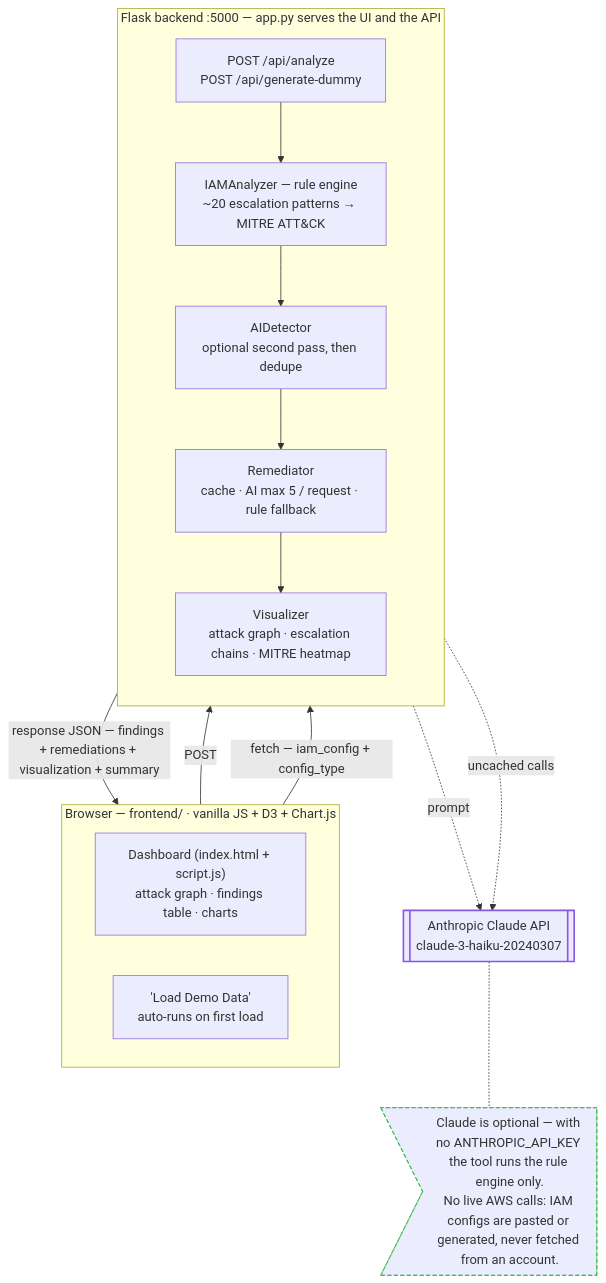
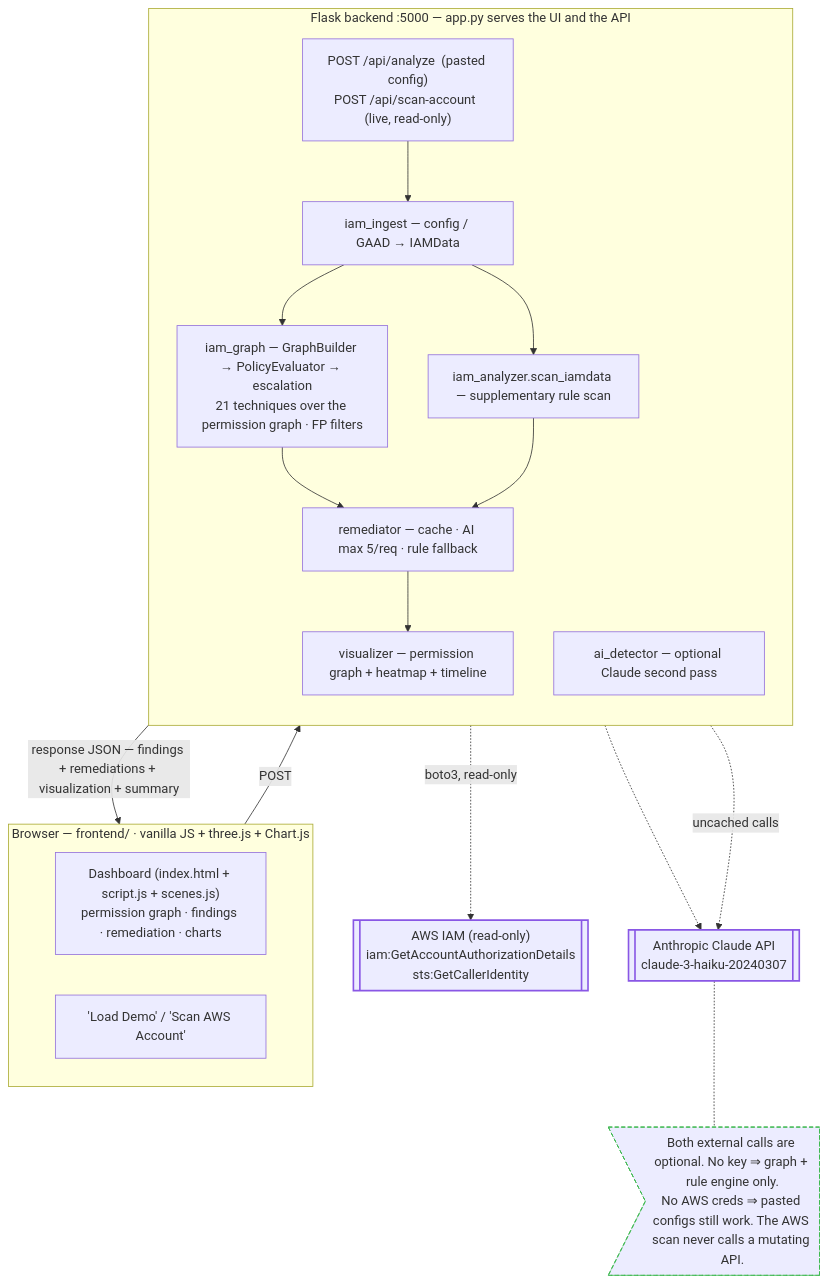
The diagram in README.md (adnannazirahmed/Winnow-1.1), drawn with Mermaid before and after one commit. The commit also changed other lines of this file and 25 other files, not shown here.

````diff
--- a/README.md
+++ b/README.md
@@ -25,33 +27,37 @@
 ```mermaid
 flowchart TB
-    subgraph browser["Browser — frontend/ · vanilla JS + D3 + Chart.js"]
+    subgraph browser["Browser — frontend/ · vanilla JS + three.js + Chart.js"]
         direction LR
-        ui["Dashboard (index.html + script.js)<br/>attack graph · findings table · charts"]
-        demo["'Load Demo Data'<br/>auto-runs on first load"]
+        ui["Dashboard (index.html + script.js + scenes.js)<br/>permission graph · findings · remediation · charts"]
+        demo["'Load Demo' / 'Scan AWS Account'"]
     end
 
     subgraph backend["Flask backend :5000 — app.py serves the UI and the API"]
         direction TB
-        api["POST /api/analyze<br/>POST /api/generate-dummy"]
-        analyzer["IAMAnalyzer — rule engine<br/>~20 escalation patterns → MITRE ATT&CK"]
-        detector["AIDetector<br/>optional second pass, then dedupe"]
-        remediator["Remediator<br/>cache · AI max 5 / request · rule fallback"]
-        visualizer["Visualizer<br/>attack graph · escalation chains · MITRE heatmap"]
-        api --> analyzer --> detector --> remediator --> visualizer
+        api["POST /api/analyze  (pasted config)<br/>POST /api/scan-account  (live, read-only)"]
+        ingest["iam_ingest — config / GAAD → IAMData"]
+        grapheng["iam_graph — GraphBuilder → PolicyEvaluator → escalation<br/>21 techniques over the permission graph · FP filters"]
+        rules["iam_analyzer.scan_iamdata — supplementary rule scan"]
+        detector["ai_detector — optional Claude second pass"]
+        remediator["remediator — cache · AI max 5/req · rule fallback"]
+        visualizer["visualizer — permission graph + heatmap + timeline"]
+        api --> ingest --> grapheng --> remediator --> visualizer
+        ingest --> rules --> remediator
     end
 
+    aws[["AWS IAM (read-only)<br/>iam:GetAccountAuthorizationDetails<br/>sts:GetCallerIdentity"]]
     claude[["Anthropic Claude API<br/>claude-3-haiku-20240307"]]
-    note>"Claude is optional — with no ANTHROPIC_API_KEY the tool runs the rule engine only.<br/>No live AWS calls: IAM configs are pasted or generated, never fetched from an account."]
+    note>"Both external calls are optional. No key ⇒ graph + rule engine only.<br/>No AWS creds ⇒ pasted configs still work. The AWS scan never calls a mutating API."]
 
     demo -->|"POST"| api
-    ui -->|"fetch — iam_config + config_type"| api
     visualizer -->|"response JSON — findings + remediations + visualization + summary"| ui
-    detector -.->|"prompt"| claude
+    api -.->|"boto3, read-only"| aws
+    detector -.-> claude
     remediator -.->|"uncached calls"| claude
     claude -.- note
 
     classDef external stroke:#8957e5,stroke-width:2px
     classDef muted stroke:#3fb950,stroke-width:1px,stroke-dasharray:5 3
-    class claude external
+    class aws,claude external
     class note muted
 ```
````
